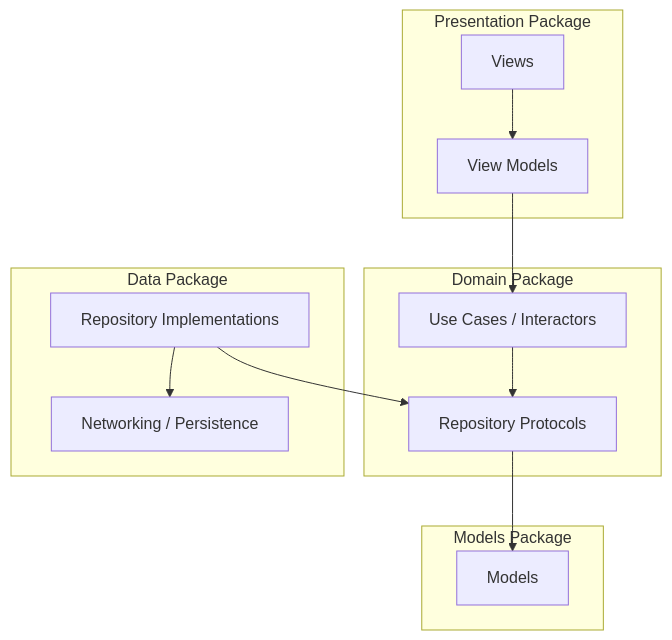
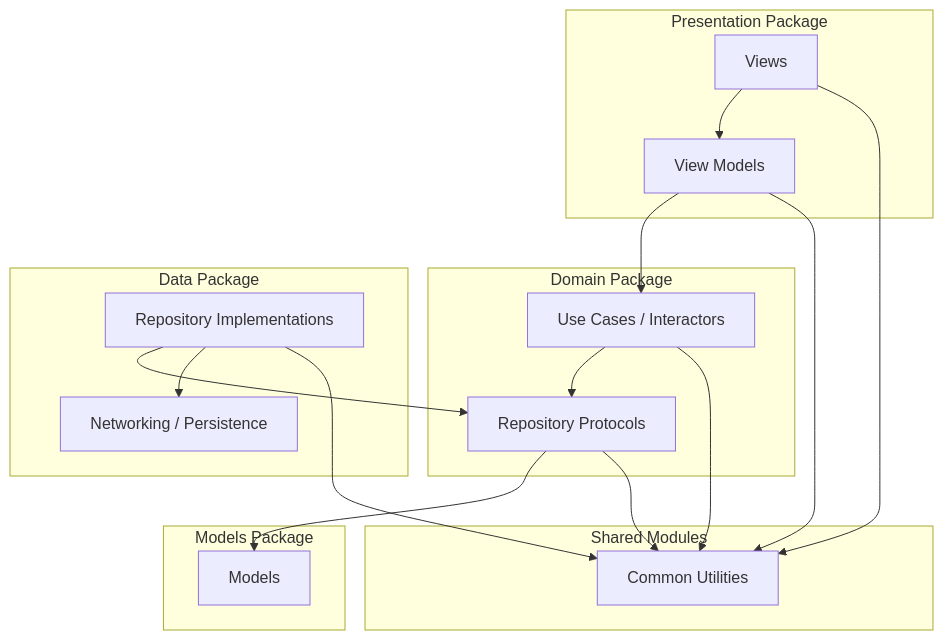
The diagram in README.md (protonpass/ios-authenticator), drawn with Mermaid before and after one commit. The commit also changed other lines of this file and 6 other files, not shown here.

Commit message:
feat: added common utilities package

````diff
--- a/README.md
+++ b/README.md
@@ -43,36 +43,44 @@
 ```mermaid
 graph TD
     %% Define Layers
     subgraph Models [Models Package]
       E[Models]
     end
 
     subgraph Domain [Domain Package]
       D1[Repository Protocols]
       D2[Use Cases / Interactors]
     end
 
     subgraph Data [Data Package]
       DA[Repository Implementations]
       DB[Networking / Persistence]
     end
 
     subgraph Presentation [Presentation Package]
       P1[Views]
       P2[View Models]
     end
+    
+    subgraph Shared [Shared Modules]
+      S1[Common Utilities]
+    end
 
     %% Dependencies between layers
     D1 --> E         
     %% Domain uses Models
     D2 --> D1        
     %% Use Cases depend on Repository Protocols
     DA --> D1        
     %% Data layer implements Domain protocols
     DA --> DB       
     %% Data layer handles external data (API, DB)
     P2 --> D2        
     %% Presentation layer (View Models) uses Use Cases
     P1 --> P2        
     %% Views bind to View Models
+    
+    %% Shared modules dependencies
+    D1 & D2 & DA & P1 & P2 --> S1  
+    %% All layers can use common utilities
 ```
````
